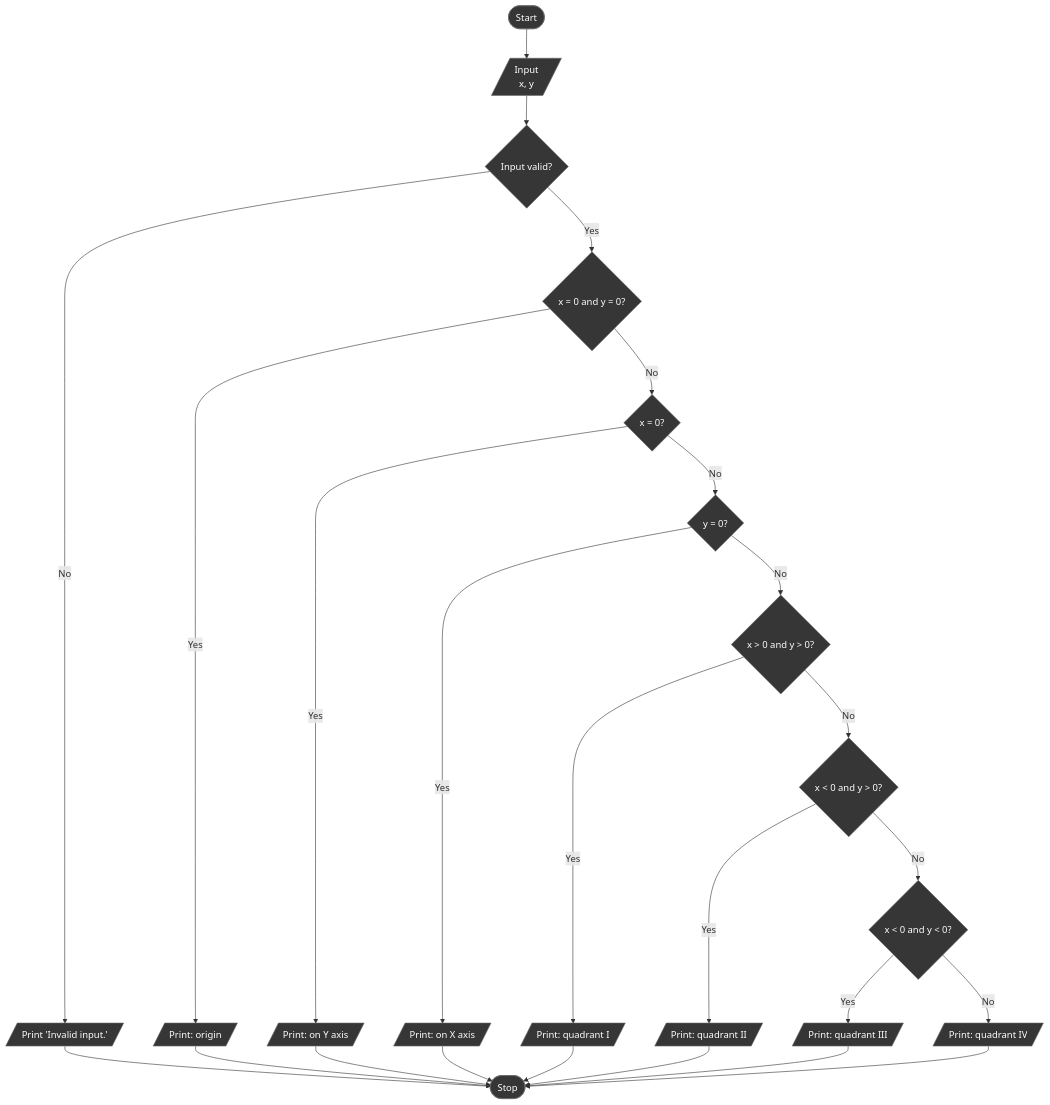
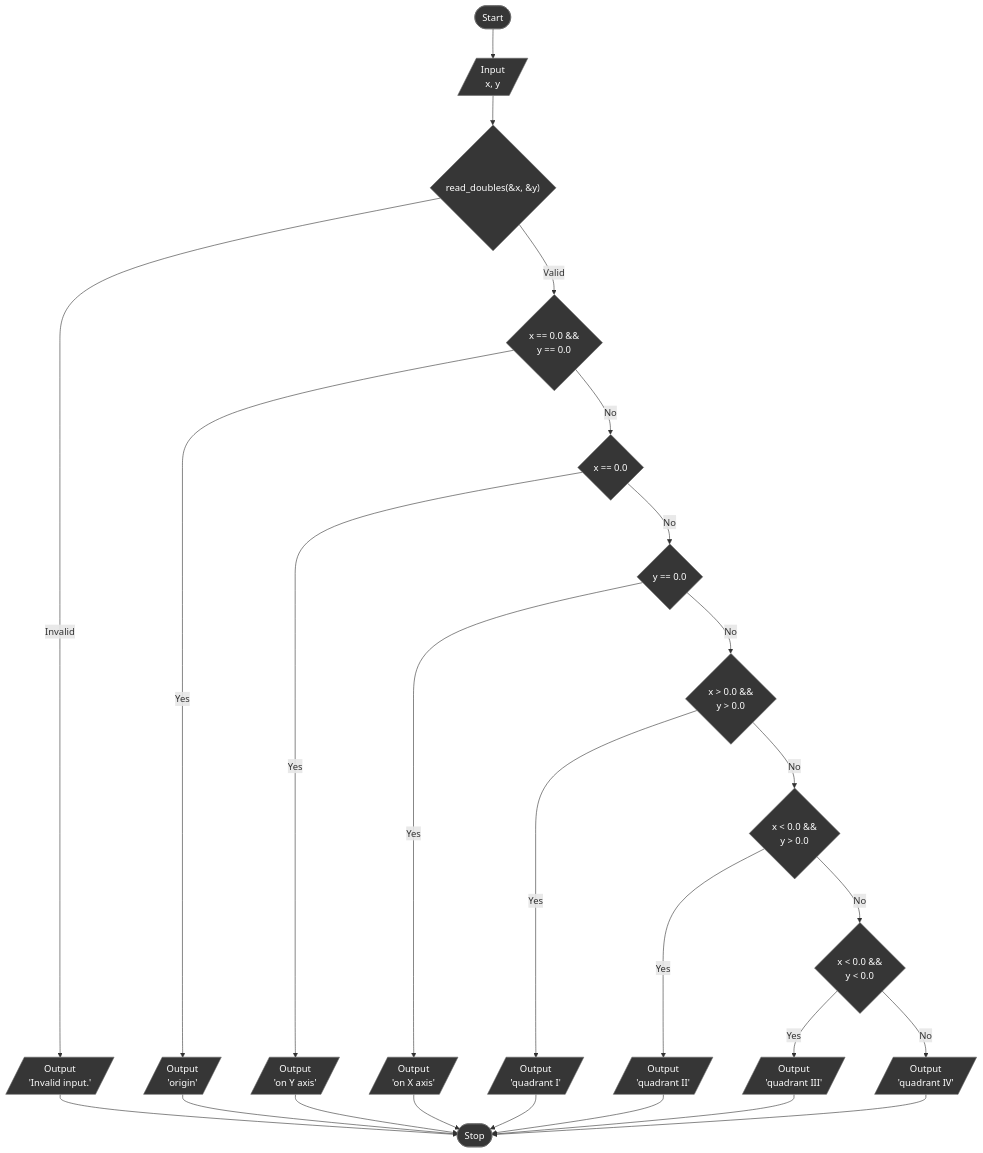
Before and after one commit to nykonhrytsyshyn/khnu-prog-labs: the second of 5 diagrams in lab_02/README.md, drawn with Mermaid. The commit also changed other lines of this file and 11 other files, not shown here.

````diff
--- a/lab_02/README.md
+++ b/lab_02/README.md
@@ -59,30 +59,30 @@
 ```mermaid
 flowchart TD
   A(["Start"]) --> B[/"Input<br/>x, y"/]
-  B --> C{"Input valid?"}
-  C -->|No| D[/"Print 'Invalid input.'"/]
-  C -->|Yes| E{"x = 0 and y = 0?"}
-  E -->|Yes| F[/"Print: origin"/]
-  E -->|No| G{"x = 0?"}
-  G -->|Yes| H[/"Print: on Y axis"/]
-  G -->|No| I{"y = 0?"}
-  I -->|Yes| J[/"Print: on X axis"/]
-  I -->|No| K{"x > 0 and y > 0?"}
-  K -->|Yes| L[/"Print: quadrant I"/]
-  K -->|No| M{"x < 0 and y > 0?"}
-  M -->|Yes| N[/"Print: quadrant II"/]
-  M -->|No| O{"x < 0 and y < 0?"}
-  O -->|Yes| P[/"Print: quadrant III"/]
-  O -->|No| Q[/"Print: quadrant IV"/]
+  B --> C{"read_doubles(&x, &y)"}
+  C -->|Invalid| D[/"Output<br/>'Invalid input.'"/]
+  C -->|Valid| E{"x == 0.0 &&<br/>y == 0.0"}
+  E -->|Yes| F[/"Output<br/>'origin'"/]
+  E -->|No| G{"x == 0.0"}
+  G -->|Yes| H[/"Output<br/>'on Y axis'"/]
+  G -->|No| I{"y == 0.0"}
+  I -->|Yes| J[/"Output<br/>'on X axis'"/]
+  I -->|No| K{"x > 0.0 &&<br/>y > 0.0"}
+  K -->|Yes| L[/"Output<br/>'quadrant I'"/]
+  K -->|No| M{"x < 0.0 &&<br/>y > 0.0"}
+  M -->|Yes| N[/"Output<br/>'quadrant II'"/]
+  M -->|No| O{"x < 0.0 &&<br/>y < 0.0"}
+  O -->|Yes| P[/"Output<br/>'quadrant III'"/]
+  O -->|No| Q[/"Output<br/>'quadrant IV'"/]
   D --> R(["Stop"])
   F --> R
   H --> R
   J --> R
   L --> R
   N --> R
   P --> R
   Q --> R
 
   classDef stage fill:#363636,stroke:#666,color:#fff,rx:6,ry:6
   class A,B,C,D,E,F,G,H,I,J,K,L,M,N,O,P,Q,R stage
 ```
````
